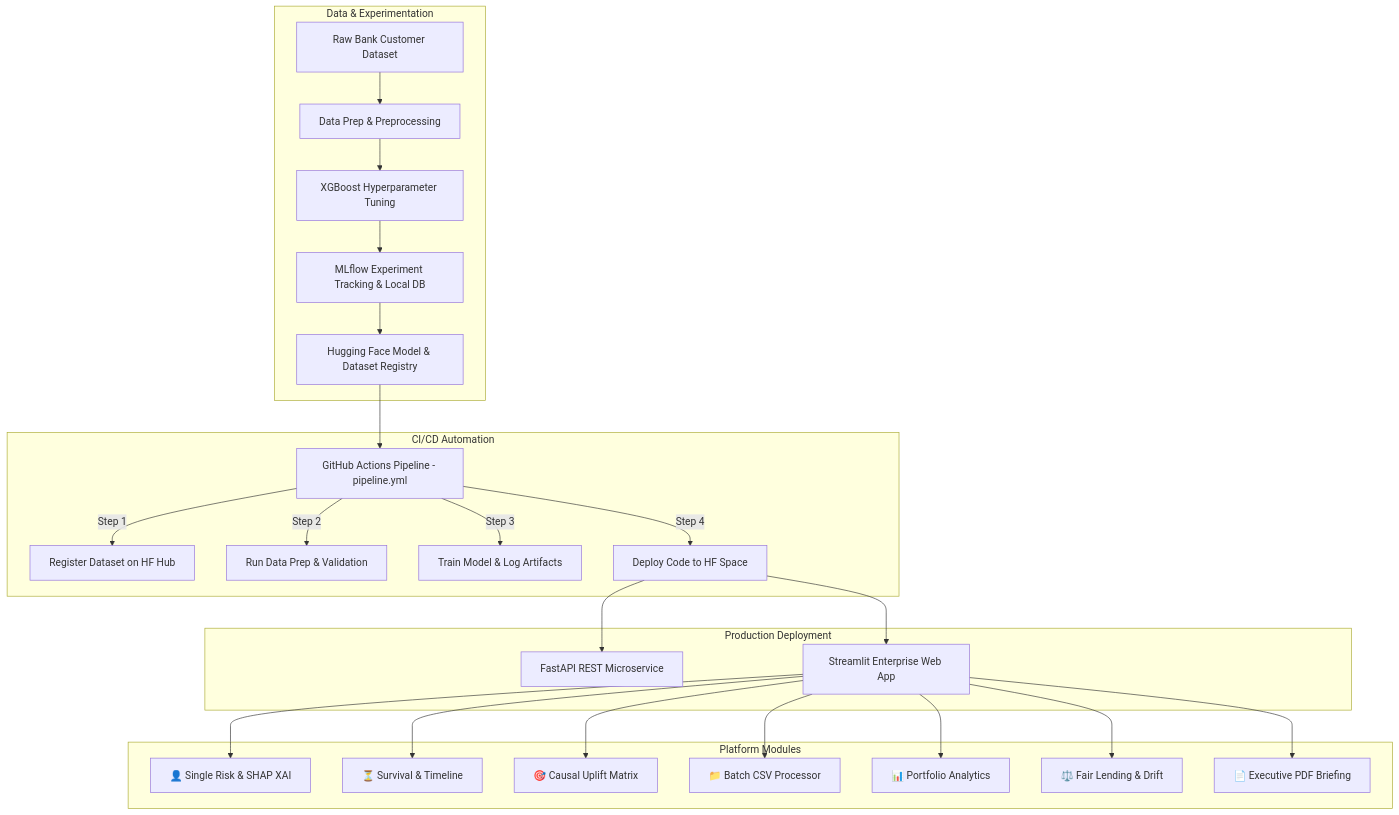
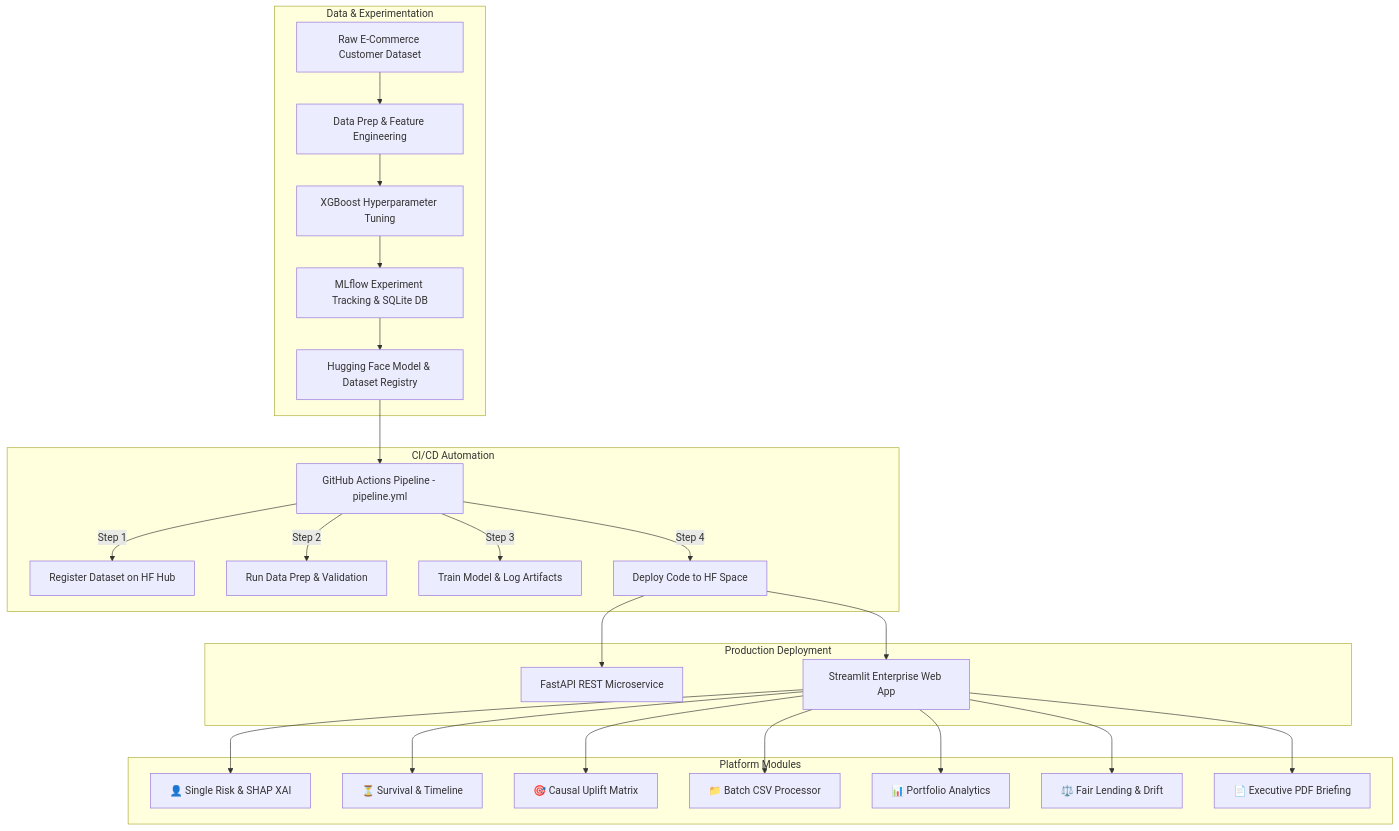
One commit to krish2105/Project-4-SDAIM changed the diagram in README.md. Above: the diagram before and after it, drawn with Mermaid. The commit also changed other lines of this file and 40 other files, not shown here.

Commit message:
feat: migrate platform dataset to Option 3 (E-Commerce Customer Churn & Retention)

````diff
--- a/README.md
+++ b/README.md
@@ -96,32 +90,32 @@
 ```mermaid
 graph TD
     subgraph Data & Experimentation
-        A[Raw Bank Customer Dataset] --> B[Data Prep & Preprocessing]
+        A[Raw E-Commerce Customer Dataset] --> B[Data Prep & Feature Engineering]
         B --> C[XGBoost Hyperparameter Tuning]
-        C --> D[MLflow Experiment Tracking & Local DB]
+        C --> D[MLflow Experiment Tracking & SQLite DB]
         D --> E[Hugging Face Model & Dataset Registry]
     end
 
     subgraph CI/CD Automation
         E --> F[GitHub Actions Pipeline - pipeline.yml]
         F -->|Step 1| G1[Register Dataset on HF Hub]
         F -->|Step 2| G2[Run Data Prep & Validation]
         F -->|Step 3| G3[Train Model & Log Artifacts]
         F -->|Step 4| G4[Deploy Code to HF Space]
     end
 
     subgraph Production Deployment
         G4 --> H[FastAPI REST Microservice]
         G4 --> I[Streamlit Enterprise Web App]
     end
 
     subgraph Platform Modules
         I --> T1[👤 Single Risk & SHAP XAI]
         I --> T2[⏳ Survival & Timeline]
         I --> T3[🎯 Causal Uplift Matrix]
         I --> T4[📁 Batch CSV Processor]
         I --> T5[📊 Portfolio Analytics]
         I --> T6[⚖️ Fair Lending & Drift]
         I --> T7[📄 Executive PDF Briefing]
     end
 ```
````
